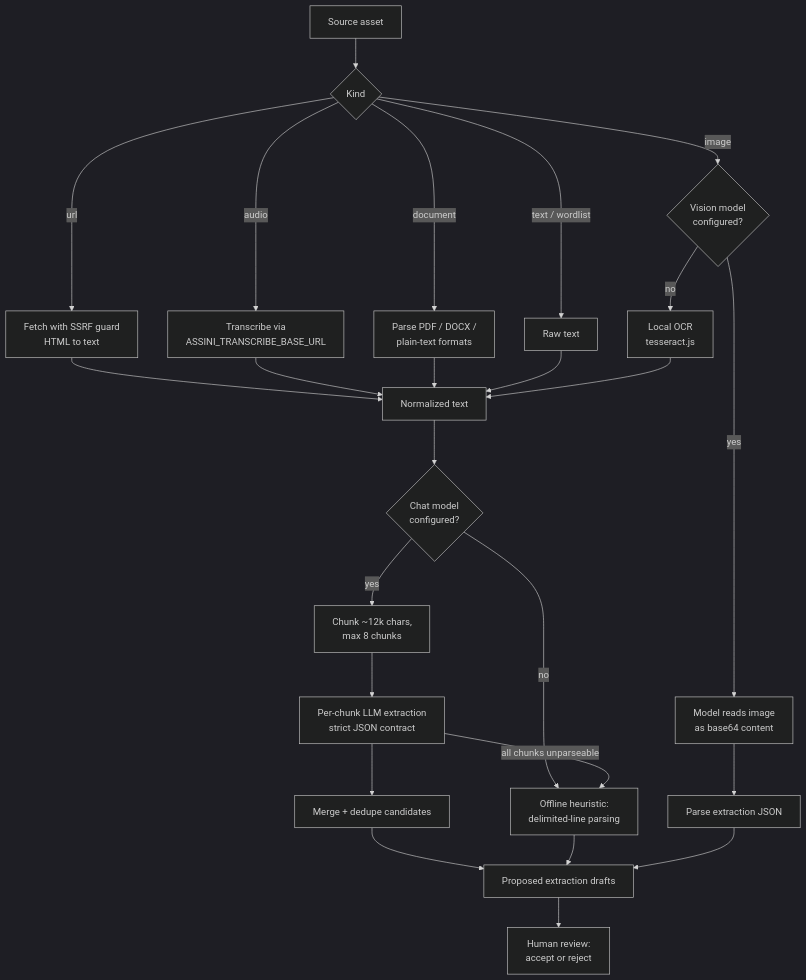
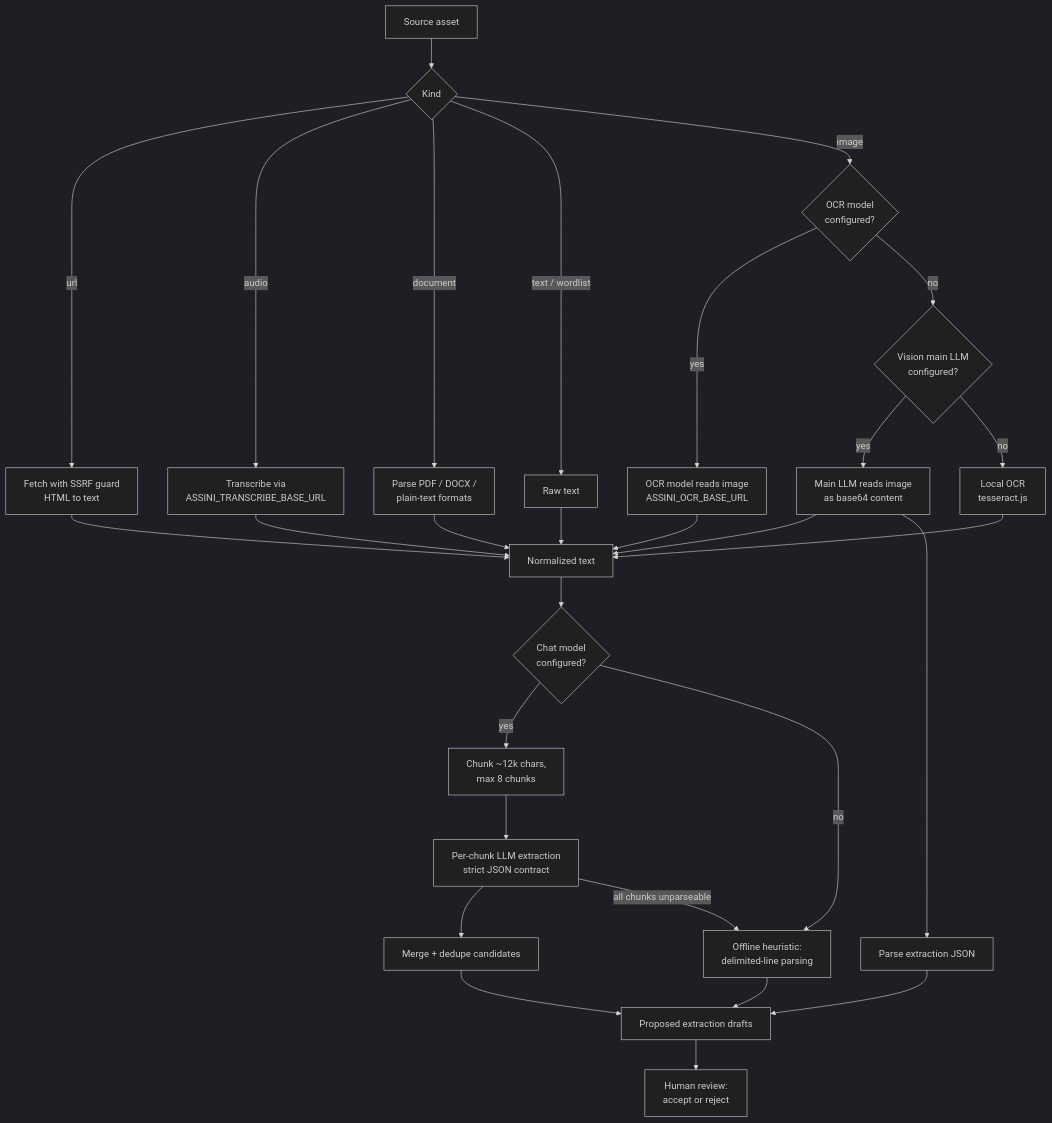
Before and after one commit to defnotean/AssiniLang: the diagram in docs/ingestion.md, drawn with Mermaid (dark theme). The commit also changed other lines of this file and 103 other files, not shown here.

First line of the commit message:
Add dedicated OCR models and harden AssiniLang for reviewer-ready local beta.

````diff
--- a/docs/ingestion.md
+++ b/docs/ingestion.md
@@ -20,27 +22,31 @@
 ```mermaid
 flowchart TD
     A[Source asset] --> B{Kind}
     B -->|url| C[Fetch with SSRF guard<br>HTML to text]
     B -->|audio| D[Transcribe via<br>ASSINI_TRANSCRIBE_BASE_URL]
     B -->|document| E[Parse PDF / DOCX /<br>plain-text formats]
     B -->|text / wordlist| F[Raw text]
-    B -->|image| G{Vision model<br>configured?}
-    G -->|yes| H[Model reads image<br>as base64 content]
-    G -->|no| I[Local OCR<br>tesseract.js]
+    B -->|image| G{OCR model<br>configured?}
+    G -->|yes| H[OCR model reads image<br>ASSINI_OCR_BASE_URL]
+    G -->|no| G2{Vision main LLM<br>configured?}
+    G2 -->|yes| H2[Main LLM reads image<br>as base64 content]
+    G2 -->|no| I[Local OCR<br>tesseract.js]
     C --> J[Normalized text]
     D --> J
     E --> J
     F --> J
     I --> J
+    H --> J
+    H2 --> J
     J --> K{Chat model<br>configured?}
     K -->|yes| L[Chunk ~12k chars,<br>max 8 chunks]
     L --> M[Per-chunk LLM extraction<br>strict JSON contract]
     M --> N[Merge + dedupe candidates]
     K -->|no| O[Offline heuristic:<br>delimited-line parsing]
     M -->|all chunks unparseable| O
-    H --> P[Parse extraction JSON]
+    H2 --> P[Parse extraction JSON]
     N --> Q[Proposed extraction drafts]
     O --> Q
     P --> Q
     Q --> R[Human review:<br>accept or reject]
 ```
````
